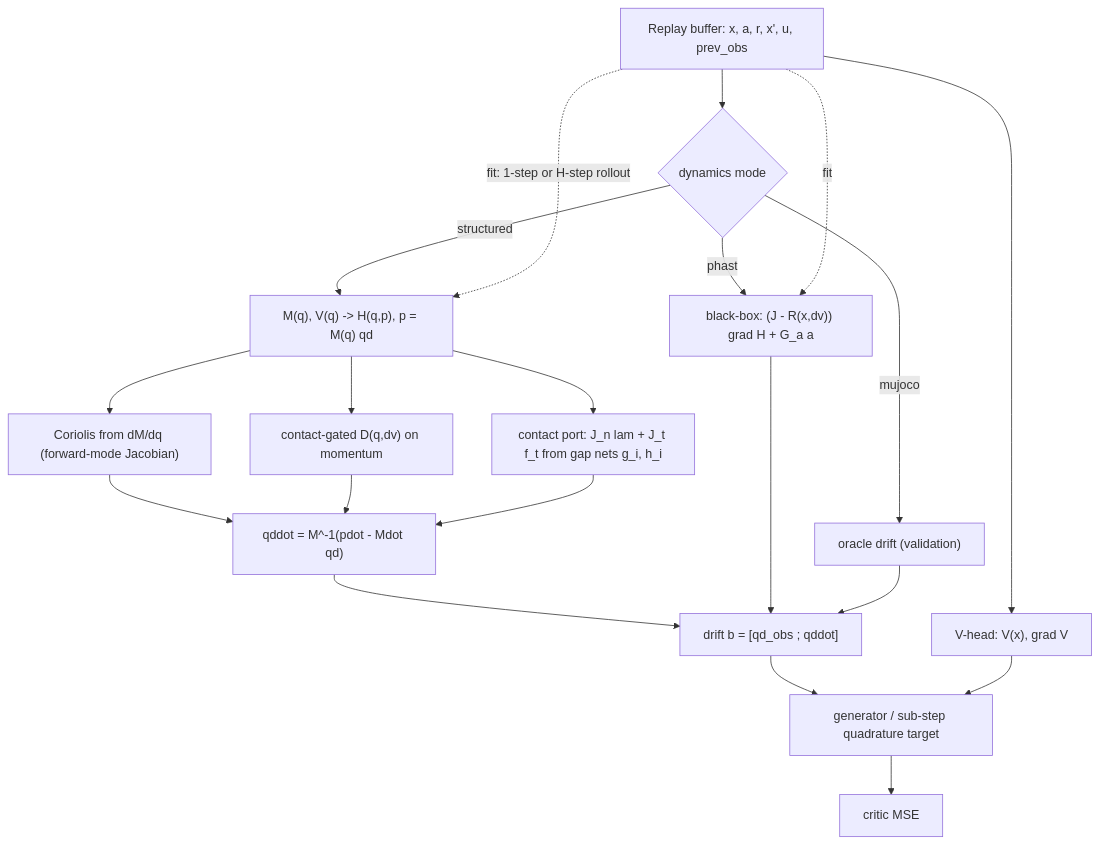
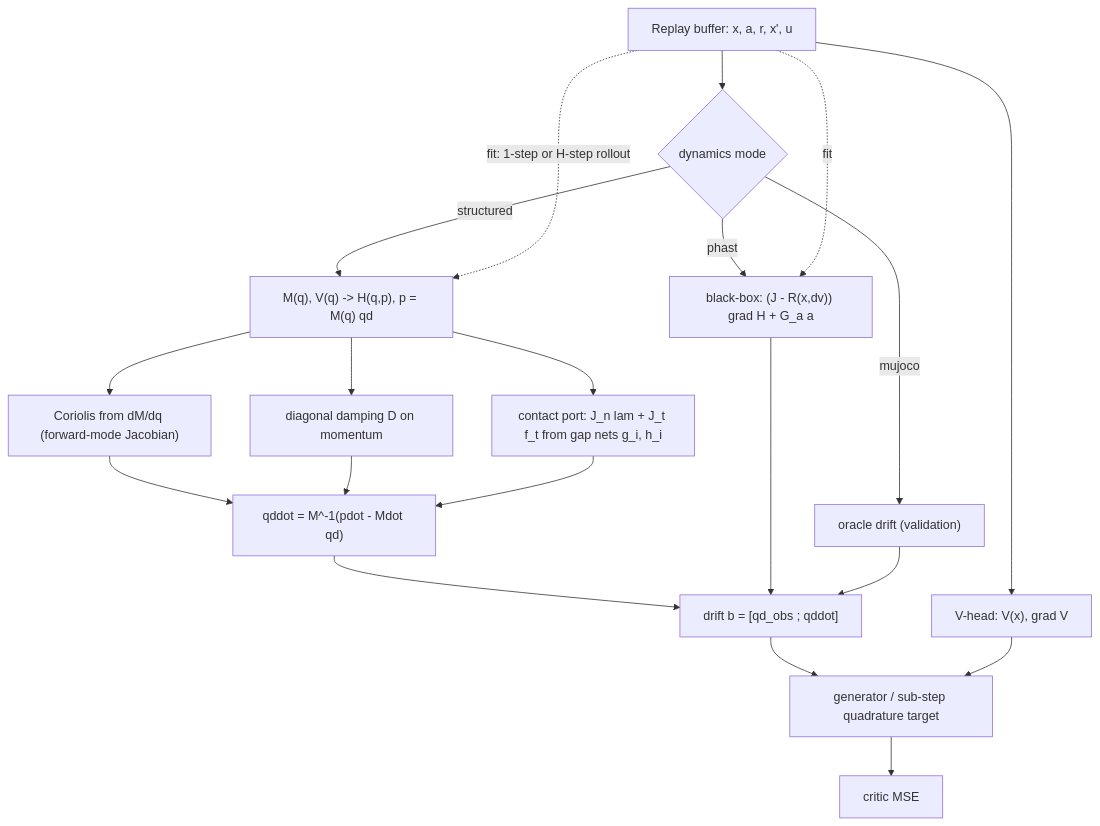
The diagram in docs/structured_dynamics_model.md (sebale16/ct-rl), drawn with Mermaid before and after one commit. The commit also changed other lines of this file and 8 other files, not shown here.

````diff
--- a/docs/structured_dynamics_model.md
+++ b/docs/structured_dynamics_model.md
@@ -196,22 +196,22 @@
 ```mermaid
 flowchart TD
-    RB["Replay buffer: x, a, r, x', u, prev_obs"] --> CR["V-head: V(x), grad V"]
+    RB["Replay buffer: x, a, r, x', u"] --> CR["V-head: V(x), grad V"]
     RB --> DR{"dynamics mode"}
     DR -->|"mujoco"| OR["oracle drift (validation)"]
     DR -->|"phast"| BB["black-box: (J - R(x,dv)) grad H + G_a a"]
     DR -->|"structured"| ST["M(q), V(q) -> H(q,p), p = M(q) qd"]
     ST --> COR["Coriolis from dM/dq (forward-mode Jacobian)"]
-    ST --> DMP["contact-gated D(q,dv) on momentum"]
+    ST --> DMP["diagonal damping D on momentum"]
     ST --> CFP["contact port: J_n lam + J_t f_t from gap nets g_i, h_i"]
     COR --> QD["qddot = M^-1(pdot - Mdot qd)"]
     DMP --> QD
     CFP --> QD
     QD --> BD["drift b = [qd_obs ; qddot]"]
     BB --> BD
     OR --> BD
     BD --> GEN["generator / sub-step quadrature target"]
     CR --> GEN
     GEN --> LOSS["critic MSE"]
     RB -.fit: 1-step or H-step rollout.-> ST
     RB -.fit.-> BB
 ```
````
